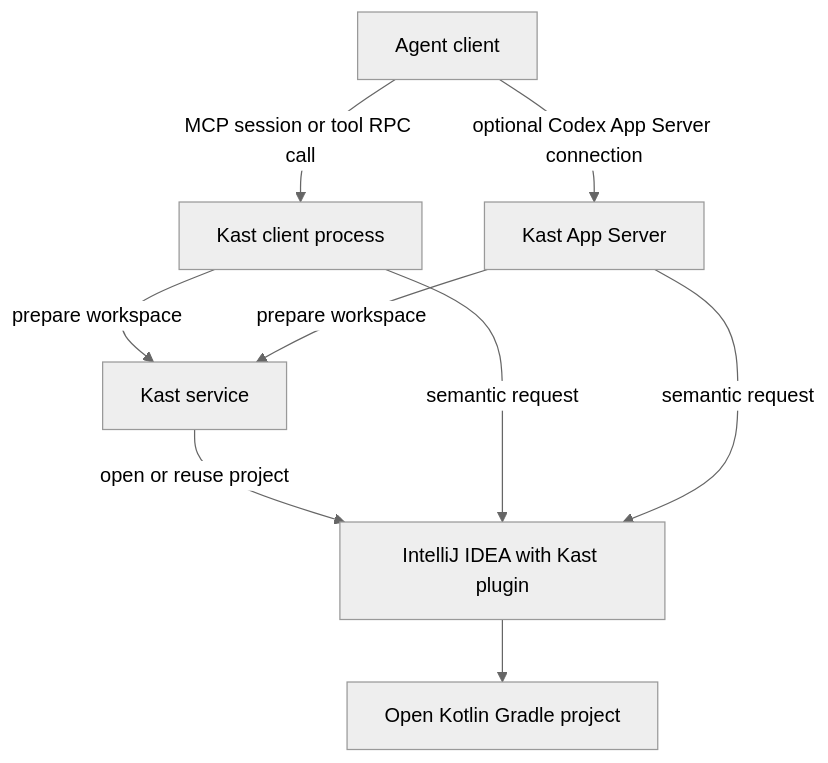
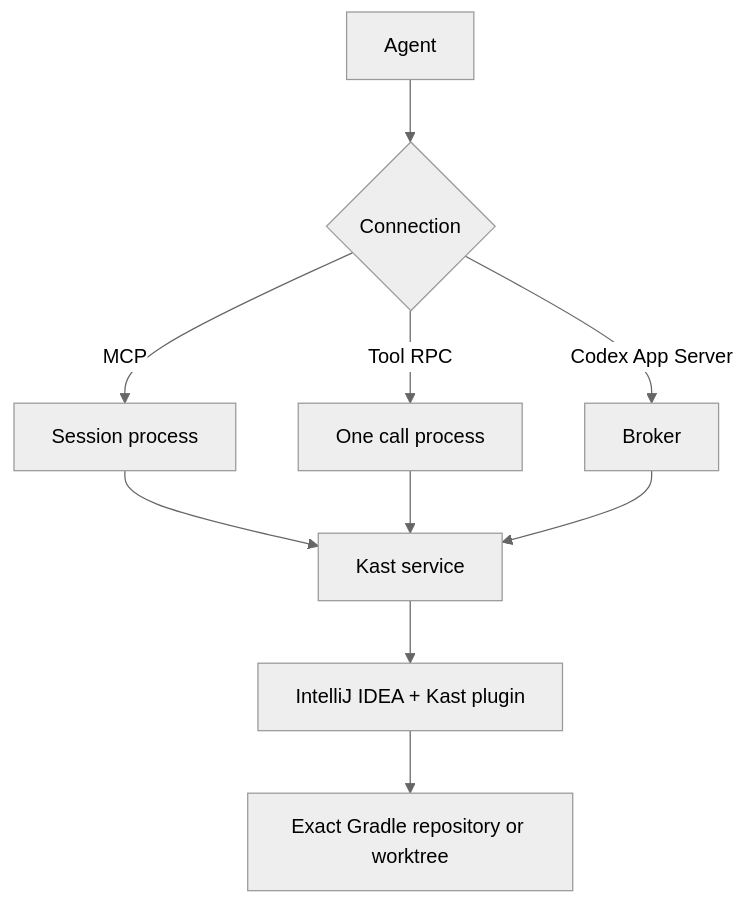
Before and after one commit to amichne/kast: the first of 3 diagrams in docs/public/concepts/architecture.mdx, drawn with Mermaid (neutral theme). The commit also changed other lines of this file and 32 other files, not shown here.

First line of the commit message:
Simplify Kast docs and publish generated MCP/RPC contracts (#872)

````diff
--- a/docs/public/concepts/architecture.mdx
+++ b/docs/public/concepts/architecture.mdx
@@ -23,11 +13,12 @@
 ```mermaid
 flowchart TB
-  Client[Agent client] -->|MCP session or tool RPC call| Bridge[Kast client process]
-  Client -->|optional Codex App Server connection| Broker[Kast App Server]
-  Bridge -->|prepare workspace| Service[Kast service]
-  Broker -->|prepare workspace| Service
-  Service -->|open or reuse project| IDE[IntelliJ IDEA with Kast plugin]
-  Bridge -->|semantic request| IDE
-  Broker -->|semantic request| IDE
-  IDE --> Project[Open Kotlin Gradle project]
+  A["Agent"] --> B{"Connection"}
+  B -->|MCP| C["Session process"]
+  B -->|Tool RPC| D["One call process"]
+  B -->|Codex App Server| E["Broker"]
+  C --> F["Kast service"]
+  D --> F
+  E --> F
+  F --> G["IntelliJ IDEA + Kast plugin"]
+  G --> H["Exact Gradle repository or worktree"]
 ```
````
